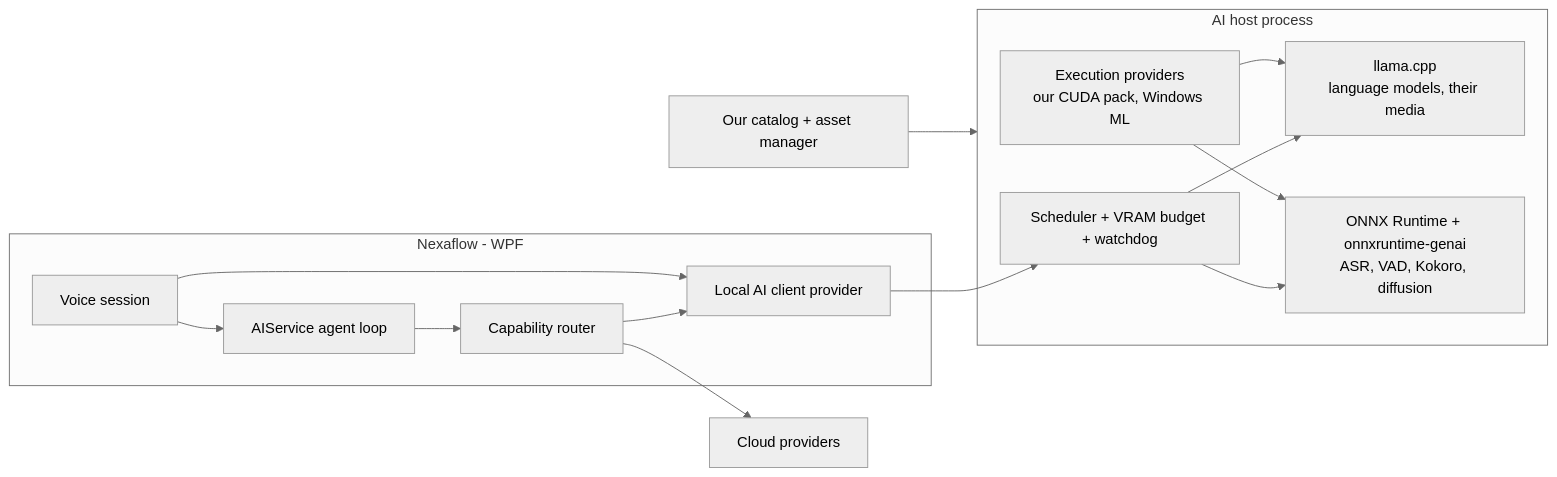
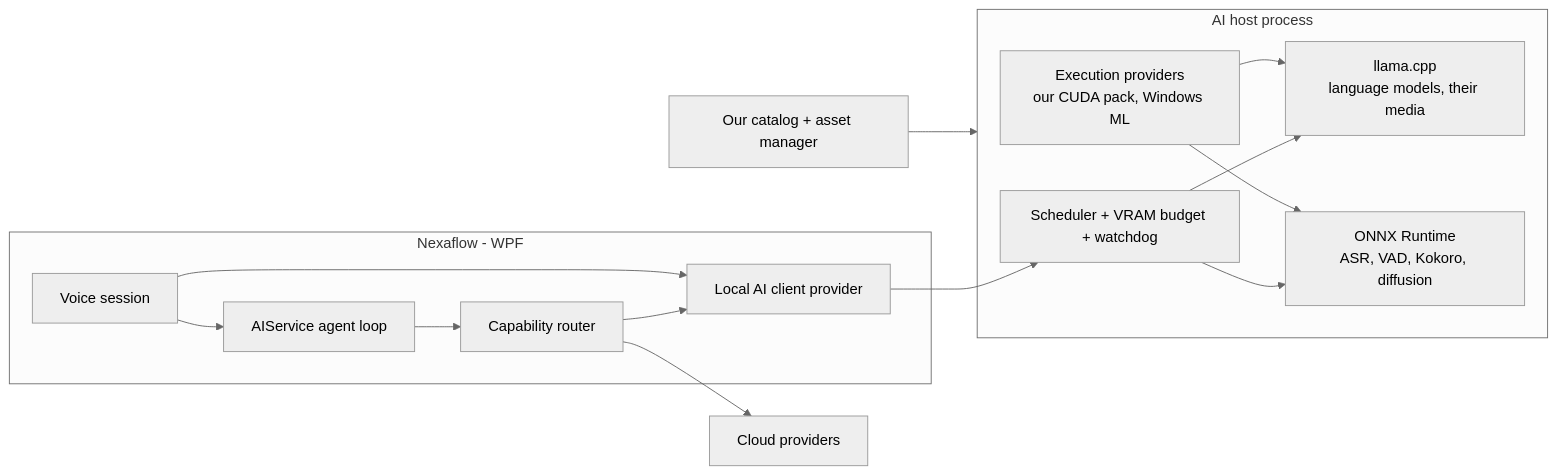
Before and after one commit to smile-forge/nexaflow: the first of 2 diagrams in docs/local-ai.md, drawn with Mermaid (neutral theme). The commit also changed other lines of this file and 68 other files, not shown here.

````diff
--- a/docs/local-ai.md
+++ b/docs/local-ai.md
@@ -216,26 +217,26 @@
 ```mermaid
 flowchart LR
     subgraph app [Nexaflow - WPF]
         router[Capability router]
         agent[AIService agent loop]
         voice[Voice session]
         client[Local AI client provider]
     end
     subgraph host [AI host process]
         sched[Scheduler + VRAM budget + watchdog]
         llm[llama.cpp<br/>language models, their media]
-        ort[ONNX Runtime + onnxruntime-genai<br/>ASR, VAD, Kokoro, diffusion]
+        ort[ONNX Runtime<br/>ASR, VAD, Kokoro, diffusion]
         eps[Execution providers<br/>our CUDA pack, Windows ML]
     end
     catalog[Our catalog + asset manager]
     cloud[Cloud providers]
     voice --> agent --> router
     router --> client --> sched
     router --> cloud
     voice --> client
     sched --> llm
     sched --> ort
     eps --> llm
     eps --> ort
     catalog --> host
 ```
````
